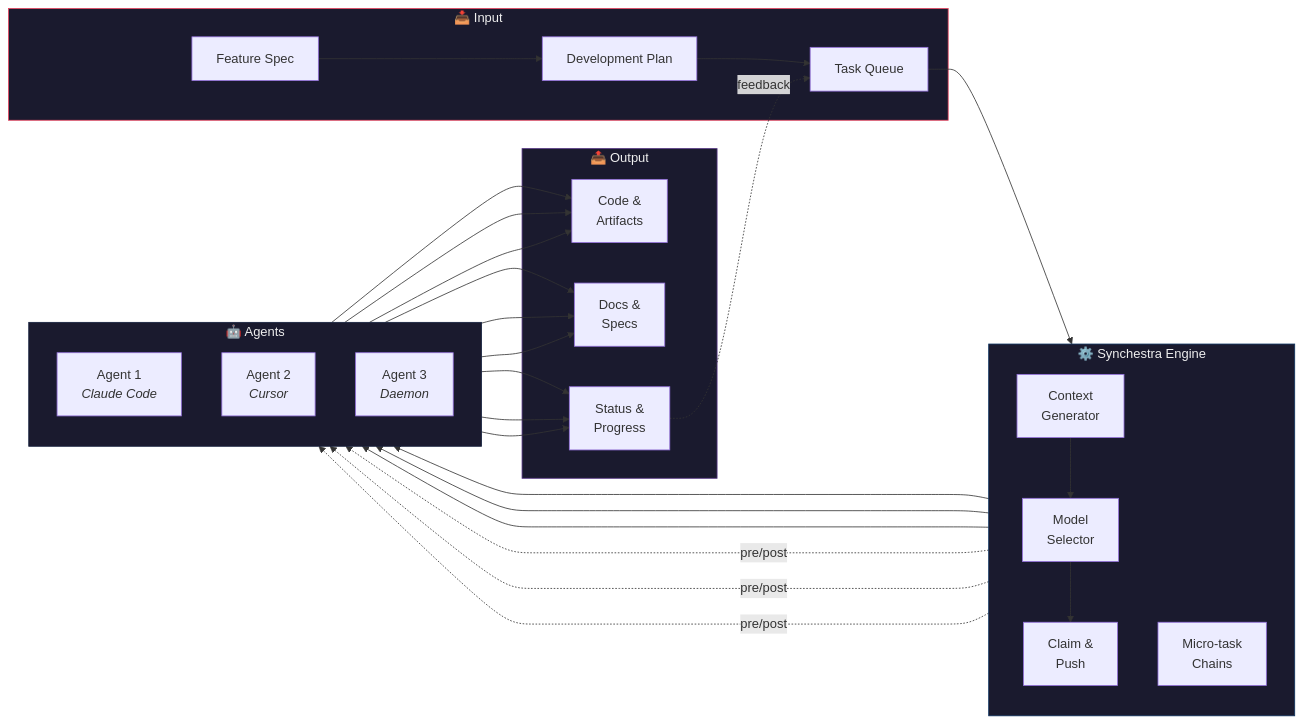
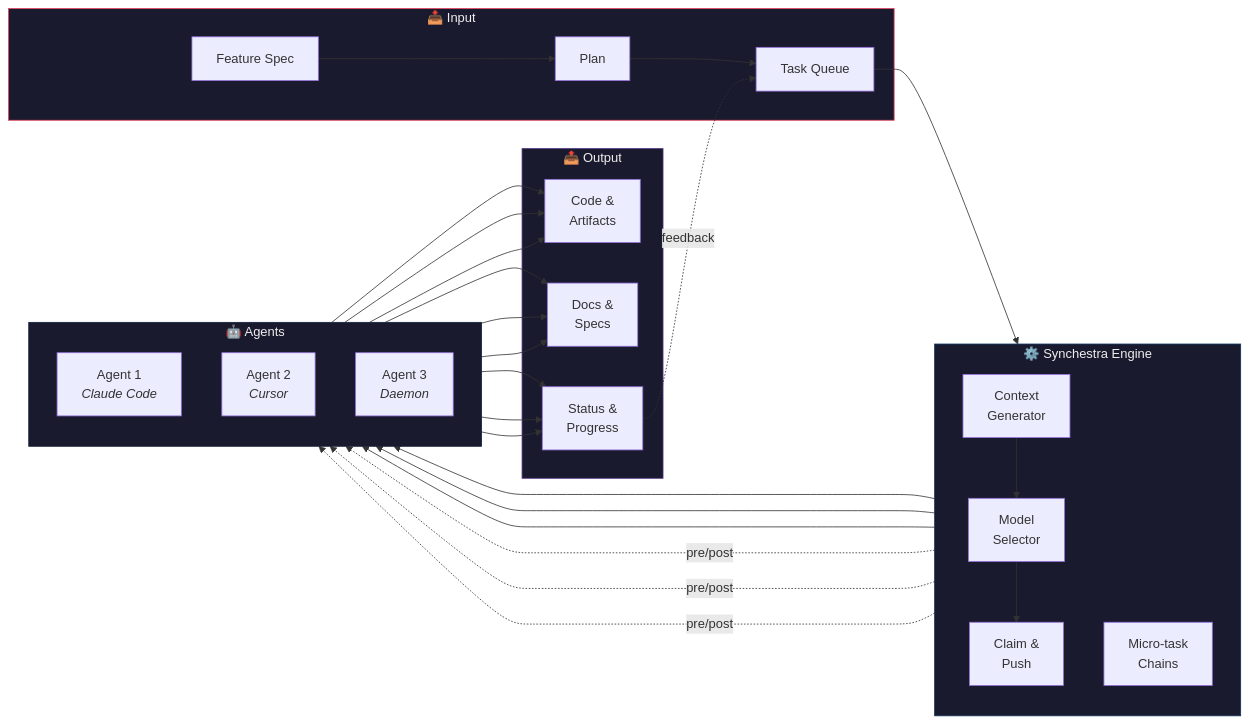
Before and after one commit to synchestra-io/synchestra: the diagram in spec/architecture/diagrams/work-flowchart.md, drawn with Mermaid. The commit also changed 2 other files, not shown here.

Commit message:
refactor: update spec-to-execution architecture for unified plan/task model

````diff
--- a/spec/architecture/diagrams/work-flowchart.md
+++ b/spec/architecture/diagrams/work-flowchart.md
@@ -3,42 +3,42 @@
 ```mermaid
 flowchart LR
     subgraph Input["📥 Input"]
         SPEC[Feature Spec]
-        PLAN[Development Plan]
+        PLAN[Plan]
         QUEUE[Task Queue]
     end
 
     subgraph Engine["⚙️ Synchestra Engine"]
         direction TB
         CONTEXT[Context<br>Generator]
         MODEL[Model<br>Selector]
         CLAIM[Claim &<br>Push]
         MICRO[Micro-task<br>Chains]
     end
 
     subgraph Agents["🤖 Agents"]
         direction TB
         A1[Agent 1<br><i>Claude Code</i>]
         A2[Agent 2<br><i>Cursor</i>]
         A3[Agent 3<br><i>Daemon</i>]
     end
 
     subgraph Output["📤 Output"]
         ARTIFACTS[Code &<br>Artifacts]
         DOCS[Docs &<br>Specs]
         STATUS[Status &<br>Progress]
     end
 
     SPEC --> PLAN --> QUEUE
     QUEUE --> CONTEXT
     CONTEXT --> MODEL --> CLAIM
     CLAIM --> A1 & A2 & A3
     MICRO -.->|pre/post| A1 & A2 & A3
     A1 & A2 & A3 --> ARTIFACTS & DOCS & STATUS
     STATUS -.->|feedback| QUEUE
 
     style Input fill:#1a1a2e,stroke:#e94560,color:#eee
     style Engine fill:#1a1a2e,stroke:#0f3460,color:#eee
     style Agents fill:#1a1a2e,stroke:#16213e,color:#eee
     style Output fill:#1a1a2e,stroke:#533483,color:#eee
 ```
````
